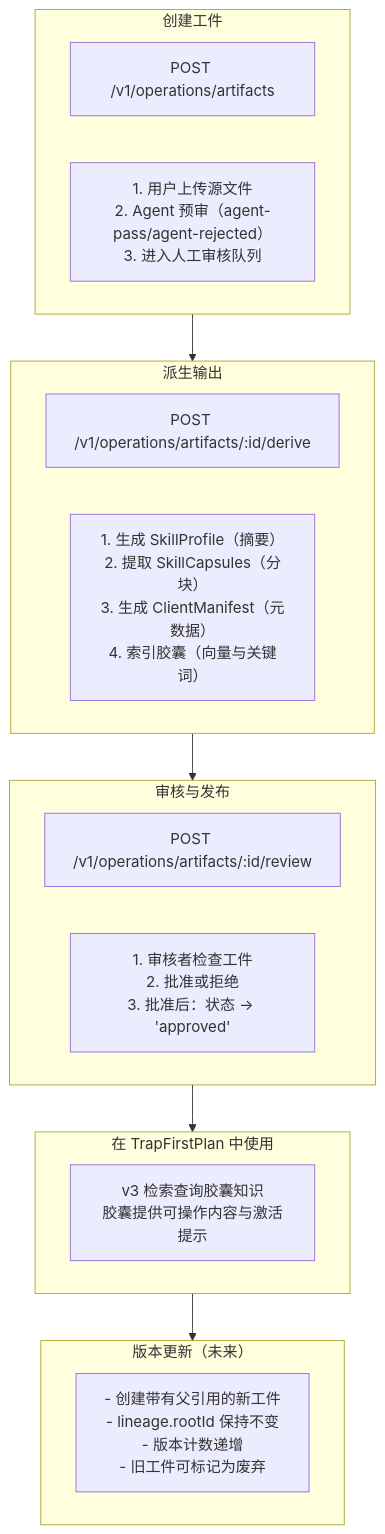
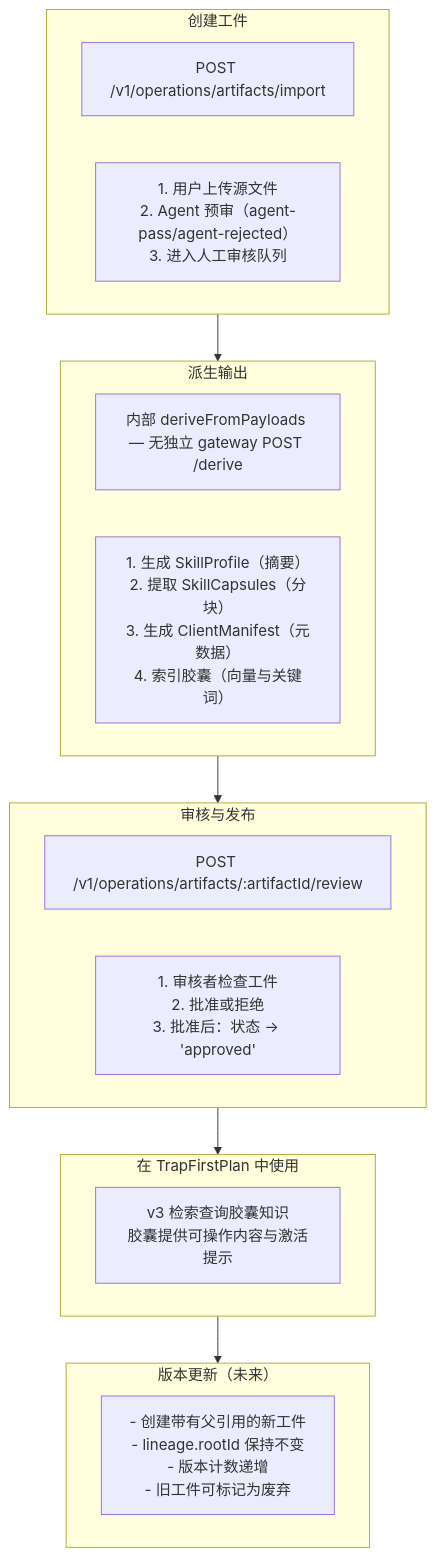
Before and after one commit to pofossette/TrapMap-for-vibing: the second of 7 diagrams in docs/architecture/components/ARTIFACTS.md, drawn with Mermaid. The commit also changed other lines of this file and 2 other files, not shown here.

First line of the commit message:
docs(route-surface): reconcile api-surface with real gateway RouteDefs

````diff
--- a/docs/architecture/components/ARTIFACTS.md
+++ b/docs/architecture/components/ARTIFACTS.md
@@ -188,27 +188,27 @@
 ```mermaid
 flowchart TB
     subgraph 创建工件["创建工件"]
-        A1["POST /v1/operations/artifacts"]
+        A1["POST /v1/operations/artifacts/import"]
         A2["1. 用户上传源文件\n2. Agent 预审（agent-pass/agent-rejected）\n3. 进入人工审核队列"]
     end
 
     subgraph 审核发布["审核与发布"]
-        C1["POST /v1/operations/artifacts/:id/review"]
+        C1["POST /v1/operations/artifacts/:artifactId/review"]
         C2["1. 审核者检查工件\n2. 批准或拒绝\n3. 批准后：状态 → 'approved'"]
     end
 
     subgraph 派生输出["派生输出"]
-        B1["POST /v1/operations/artifacts/:id/derive"]
+        B1["内部 deriveFromPayloads — 无独立 gateway POST /derive"]
         B2["1. 生成 SkillProfile（摘要）\n2. 提取 SkillCapsules（分块）\n3. 生成 ClientManifest（元数据）\n4. 索引胶囊（向量与关键词）"]
     end
 
     subgraph 计划使用["在 TrapFirstPlan 中使用"]
         D["v3 检索查询胶囊知识\n胶囊提供可操作内容与激活提示"]
     end
 
     subgraph 版本更新["版本更新（未来）"]
         E["- 创建带有父引用的新工件\n- lineage.rootId 保持不变\n- 版本计数递增\n- 旧工件可标记为废弃"]
     end
 
     创建工件 --> 派生输出 --> 审核发布 --> 计划使用 --> 版本更新
 ```
````
